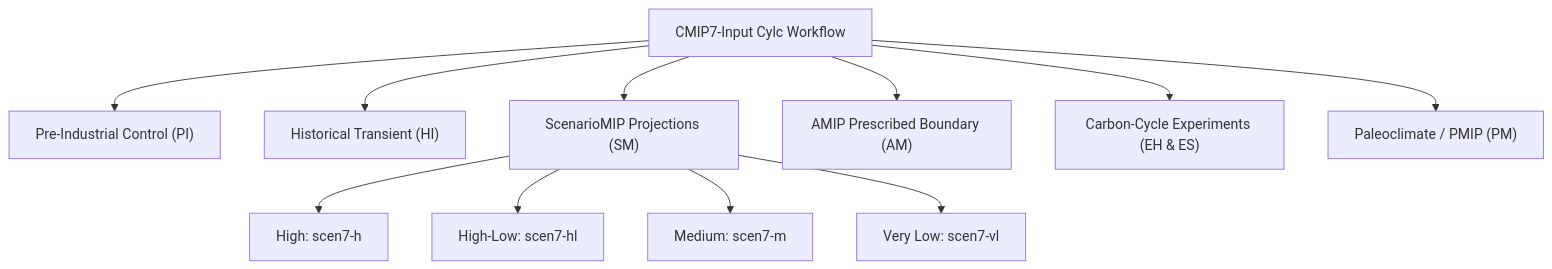
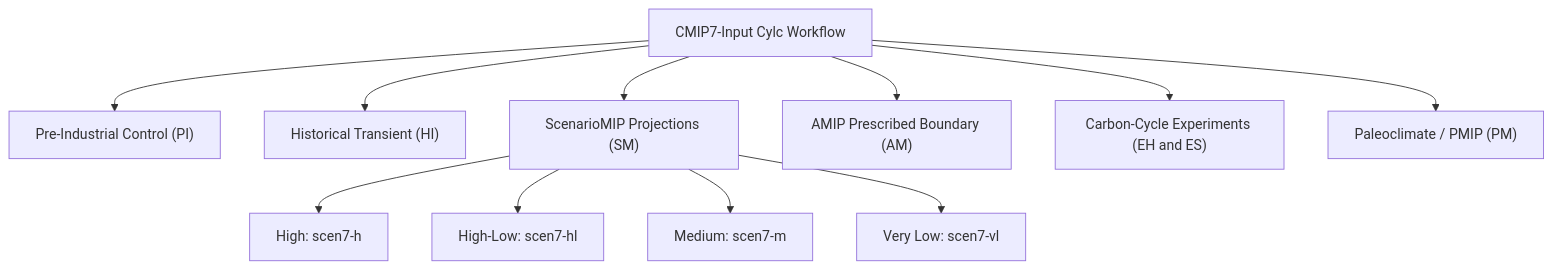
One commit to ACCESS-NRI/CMIP7-Input changed the diagram in documentation/docs/pages/experiments/overview.md. Above: the diagram before and after it, drawn with Mermaid. The commit also changed other lines of this file and 19 other files, not shown here.

Commit message:
Fixed markdown formatting and mermaid rendering

````diff
--- a/documentation/docs/pages/experiments/overview.md
+++ b/documentation/docs/pages/experiments/overview.md
@@ -9,14 +9,14 @@
 ```mermaid
 graph TD
     Suite["CMIP7-Input Cylc Workflow"] --> PI["Pre-Industrial Control (PI)"]
     Suite --> HI["Historical Transient (HI)"]
     Suite --> SM["ScenarioMIP Projections (SM)"]
     Suite --> AM["AMIP Prescribed Boundary (AM)"]
-    Suite --> Carbon["Carbon-Cycle Experiments (EH & ES)"]
+    Suite --> Carbon["Carbon-Cycle Experiments (EH and ES)"]
     Suite --> PM["Paleoclimate / PMIP (PM)"]
     
     SM --> SM_h["High: scen7-h"]
     SM --> SM_hl["High-Low: scen7-hl"]
     SM --> SM_m["Medium: scen7-m"]
     SM --> SM_vl["Very Low: scen7-vl"]
 ```
````
